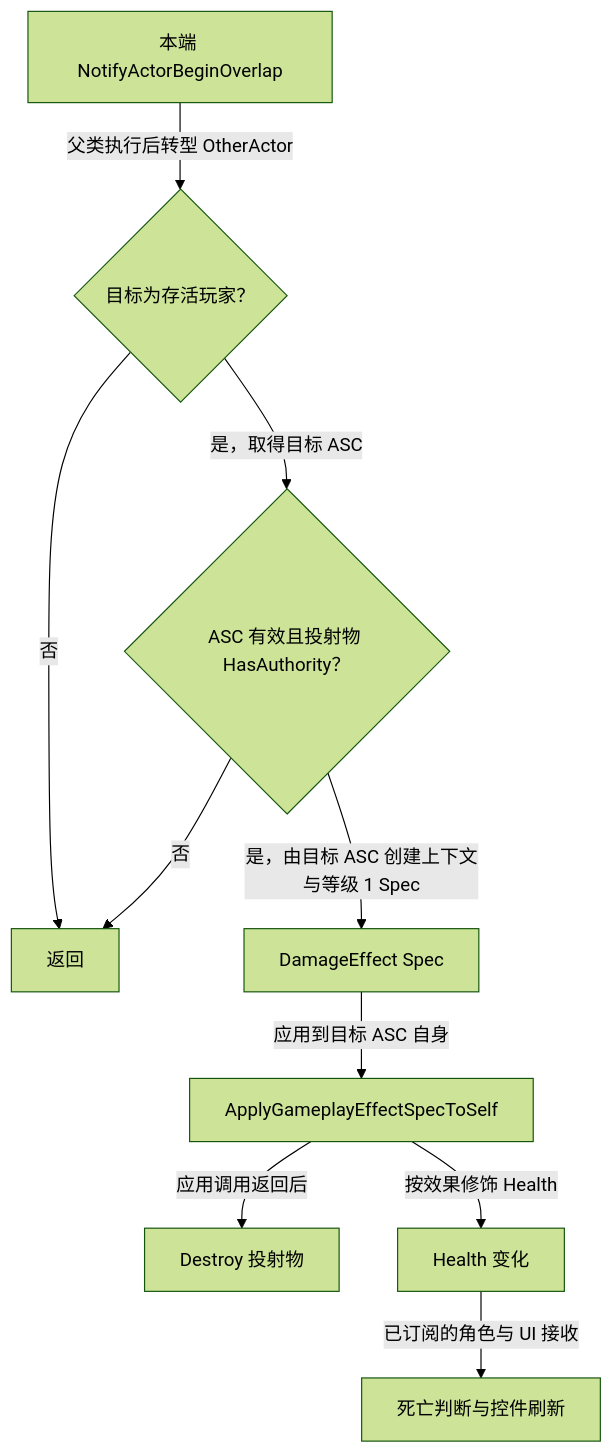
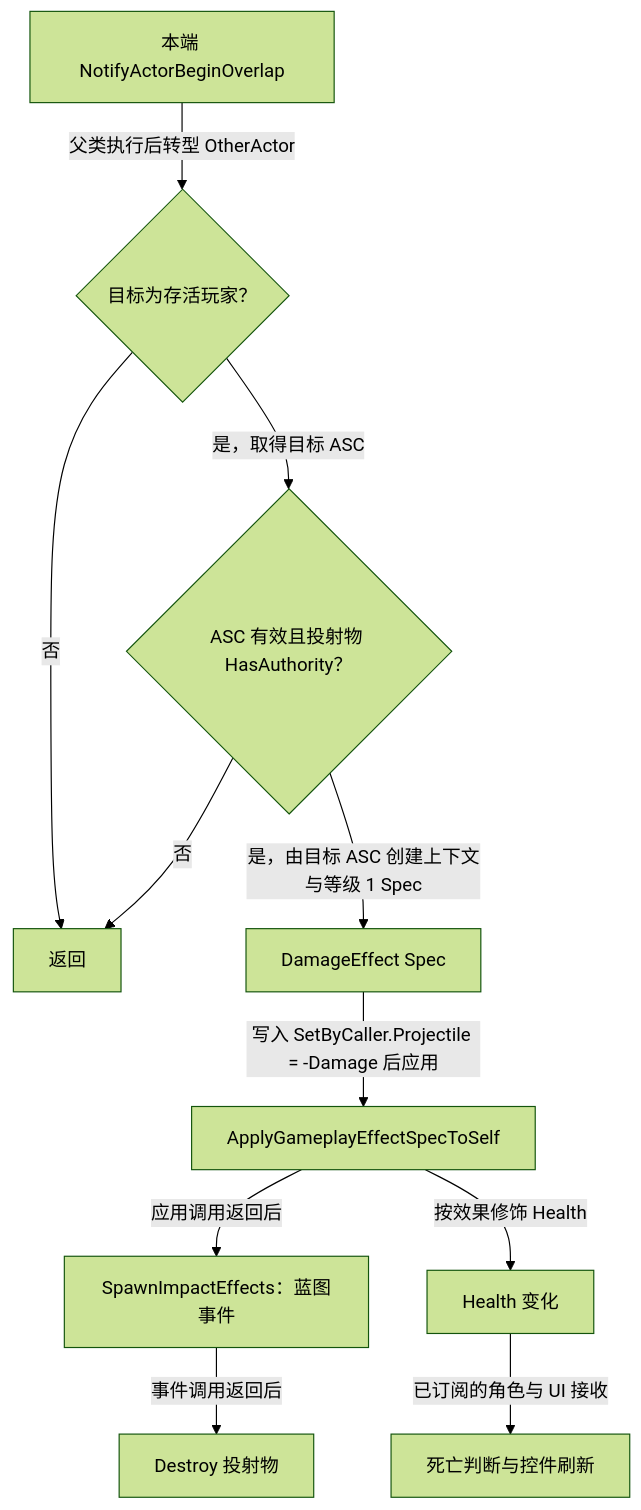
The first of 2 diagrams in GameObjects/Projectile.md (xuelongdev/GAS_StudyNotes), drawn with Mermaid (forest theme) before and after one commit. The commit also changed other lines of this file and 9 other files, not shown here.

````diff
--- a/GameObjects/Projectile.md
+++ b/GameObjects/Projectile.md
@@ -33,12 +35,13 @@
 ```mermaid
 flowchart TD
     overlap["本端 NotifyActorBeginOverlap"] -->|"父类执行后转型 OtherActor"| player{"目标为存活玩家？"}
     player -->|"否"| stop["返回"]
     player -->|"是，取得目标 ASC"| authority{"ASC 有效且投射物 HasAuthority？"}
     authority -->|"否"| stop
     authority -->|"是，由目标 ASC 创建上下文与等级 1 Spec"| spec["DamageEffect Spec"]
-    spec -->|"应用到目标 ASC 自身"| apply["ApplyGameplayEffectSpecToSelf"]
-    apply -->|"应用调用返回后"| destroy["Destroy 投射物"]
+    spec -->|"写入 SetByCaller.Projectile = -Damage 后应用"| apply["ApplyGameplayEffectSpecToSelf"]
+    apply -->|"应用调用返回后"| impact["SpawnImpactEffects：蓝图事件"]
+    impact -->|"事件调用返回后"| destroy["Destroy 投射物"]
     health["Health 变化"] -->|"已订阅的角色与 UI 接收"| callback["死亡判断与控件刷新"]
     apply -->|"按效果修饰 Health"| health
 ```
````
